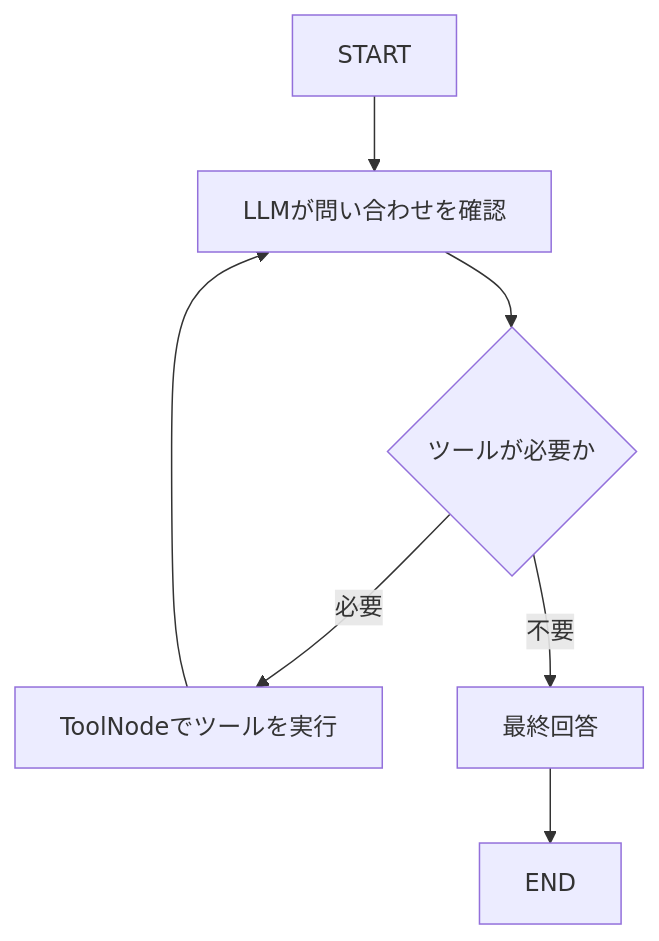
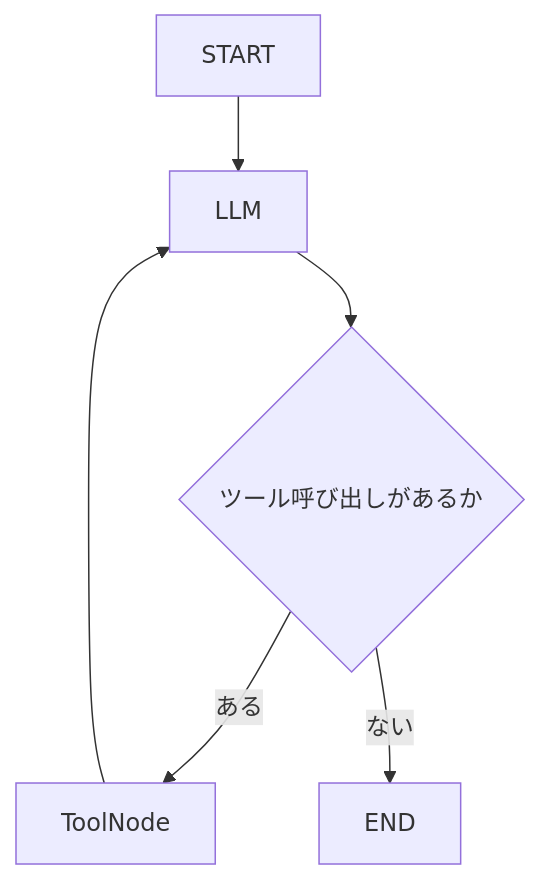
One commit to aymkbyshi/databricks-agentops-customer-support changed the fifth of 9 diagrams in articles/databricks-agentops-zenn.md. Above: the diagram before and after it, drawn with Mermaid. The commit also changed other lines of this file, not shown here.

Commit message:
Rewrite Zenn article with current architecture and safety guidance

````diff
--- a/articles/databricks-agentops-zenn.md
+++ b/articles/databricks-agentops-zenn.md
@@ -249,9 +311,8 @@
 ```mermaid
 flowchart TD
-    A[START] --> B[LLMが問い合わせを確認]
-    B --> C{ツールが必要か}
-    C -->|必要| D[ToolNodeでツールを実行]
+    A[START] --> B[LLM]
+    B --> C{ツール呼び出しがあるか}
+    C -->|ある| D[ToolNode]
     D --> B
-    C -->|不要| E[最終回答]
-    E --> F[END]
+    C -->|ない| E[END]
 ```
````
